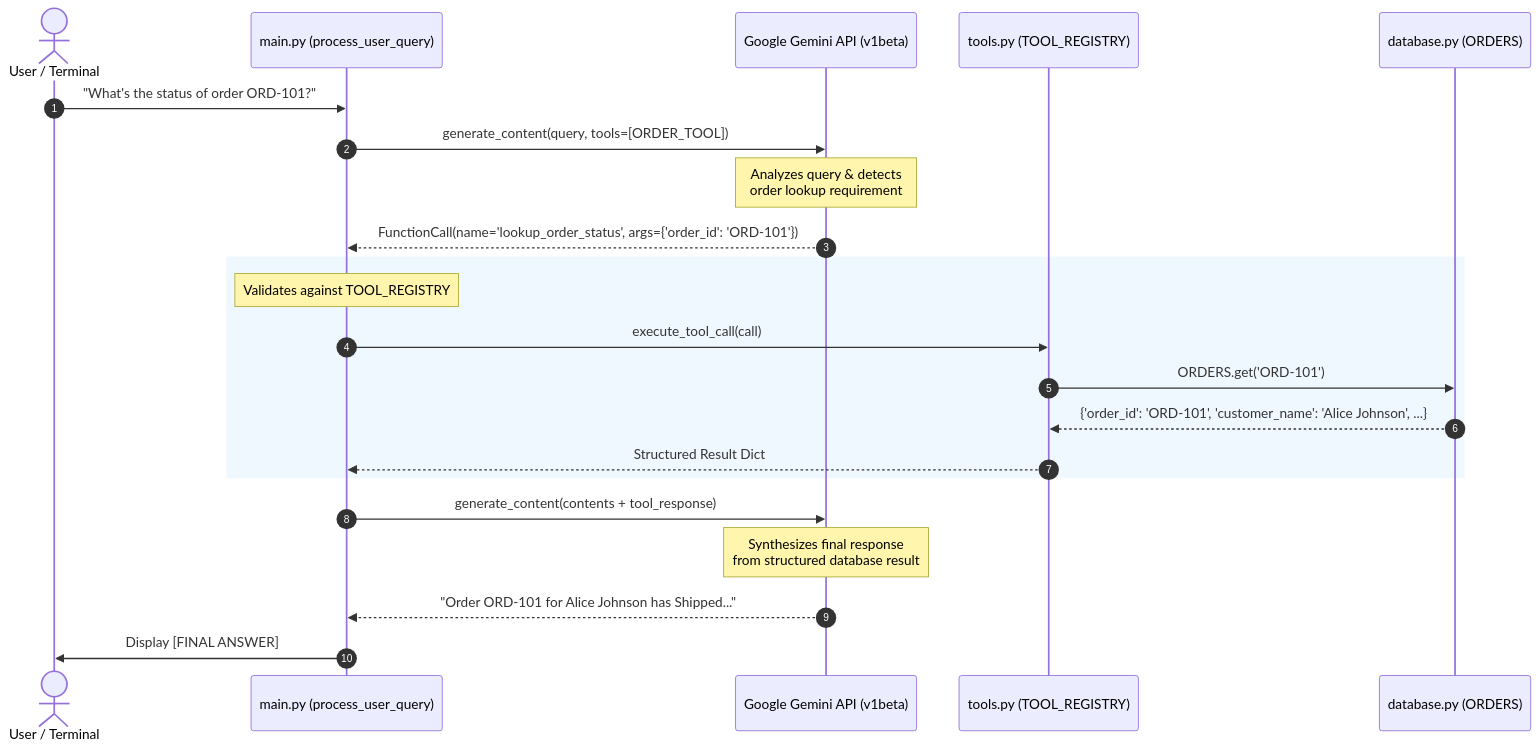
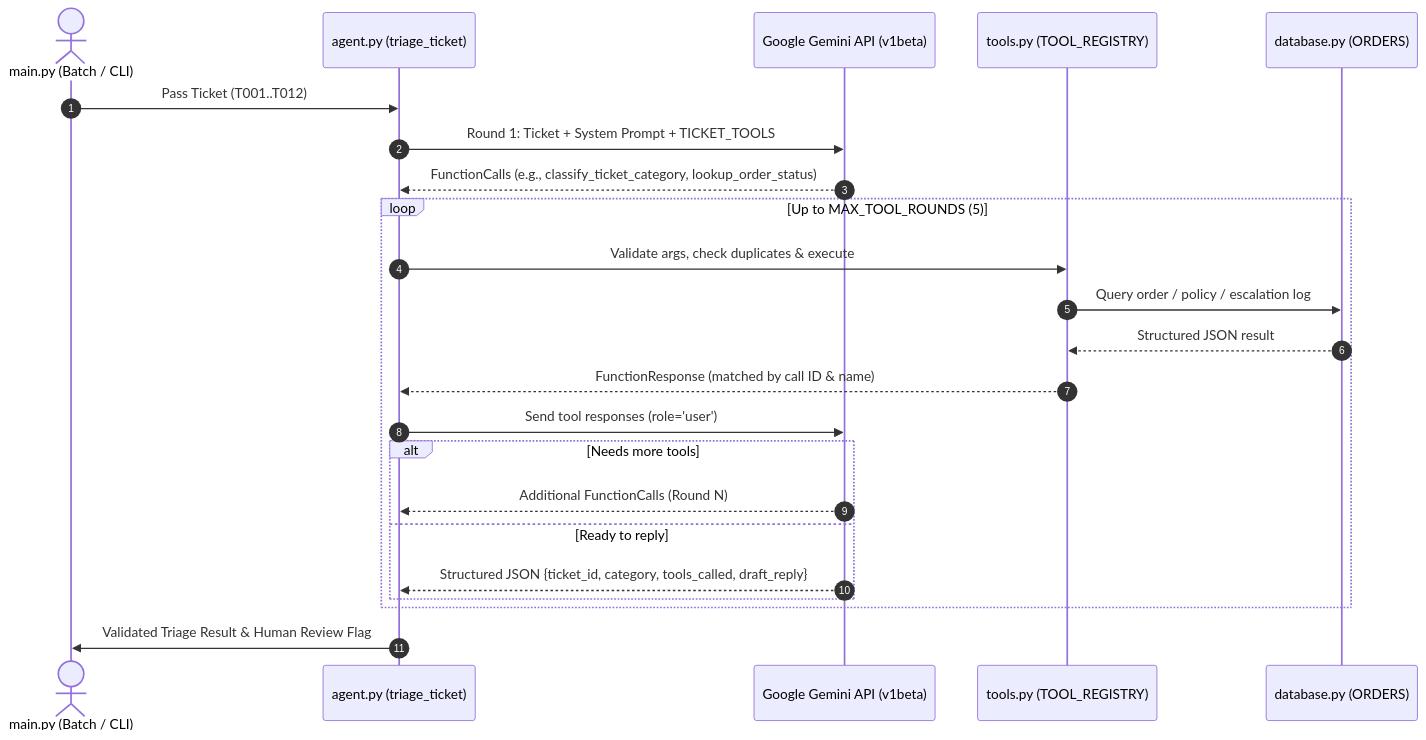
Before and after one commit to mdanseergit/orderpilot-ai-agent: the diagram in README.md, drawn with Mermaid. The commit also changed other lines of this file and 10 other files, not shown here.

Commit message:
feat: upgrade OrderPilot to multi-tool TicketPilot triage agent

````diff
--- a/README.md
+++ b/README.md
@@ -84,27 +92,28 @@
 ```mermaid
 sequenceDiagram
     autonumber
-    actor Customer as User / Terminal
-    participant Agent as main.py (process_user_query)
+    actor CLI as main.py (Batch / CLI)
+    participant Agent as agent.py (triage_ticket)
     participant Gemini as Google Gemini API (v1beta)
     participant Tools as tools.py (TOOL_REGISTRY)
     participant DB as database.py (ORDERS)
 
-    Customer->>Agent: "What's the status of order ORD-101?"
-    Agent->>Gemini: generate_content(query, tools=[ORDER_TOOL])
-    Note over Gemini: Analyzes query & detects<br/>order lookup requirement
-    Gemini-->>Agent: FunctionCall(name='lookup_order_status', args={'order_id': 'ORD-101'})
-    
-    rect rgb(240, 248, 255)
-    Note over Agent: Validates against TOOL_REGISTRY
-    Agent->>Tools: execute_tool_call(call)
-    Tools->>DB: ORDERS.get('ORD-101')
-    DB-->>Tools: {'order_id': 'ORD-101', 'customer_name': 'Alice Johnson', ...}
-    Tools-->>Agent: Structured Result Dict
+    CLI->>Agent: Pass Ticket (T001..T012)
+    Agent->>Gemini: Round 1: Ticket + System Prompt + TICKET_TOOLS
+    Gemini-->>Agent: FunctionCalls (e.g., classify_ticket_category, lookup_order_status)
+
+    loop Up to MAX_TOOL_ROUNDS (5)
+        Agent->>Tools: Validate args, check duplicates & execute
+        Tools->>DB: Query order / policy / escalation log
+        DB-->>Tools: Structured JSON result
+        Tools-->>Agent: FunctionResponse (matched by call ID & name)
+        Agent->>Gemini: Send tool responses (role='user')
+        alt Needs more tools
+            Gemini-->>Agent: Additional FunctionCalls (Round N)
+        else Ready to reply
+            Gemini-->>Agent: Structured JSON {ticket_id, category, tools_called, draft_reply}
+        end
     end
 
-    Agent->>Gemini: generate_content(contents + tool_response)
-    Note over Gemini: Synthesizes final response<br/>from structured database result
-    Gemini-->>Agent: "Order ORD-101 for Alice Johnson has Shipped..."
-    Agent->>Customer: Display [FINAL ANSWER]
+    Agent->>CLI: Validated Triage Result & Human Review Flag
 ```
````
